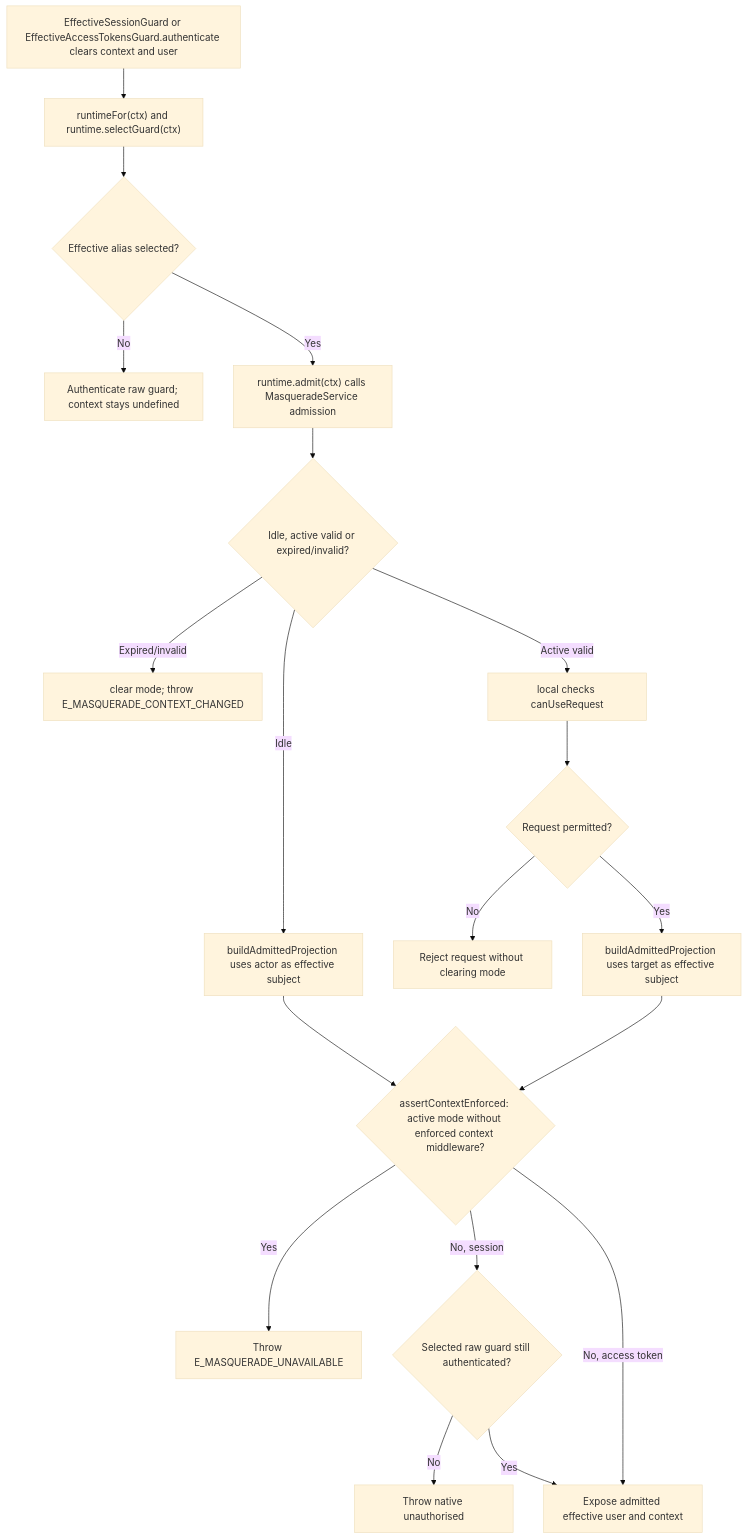
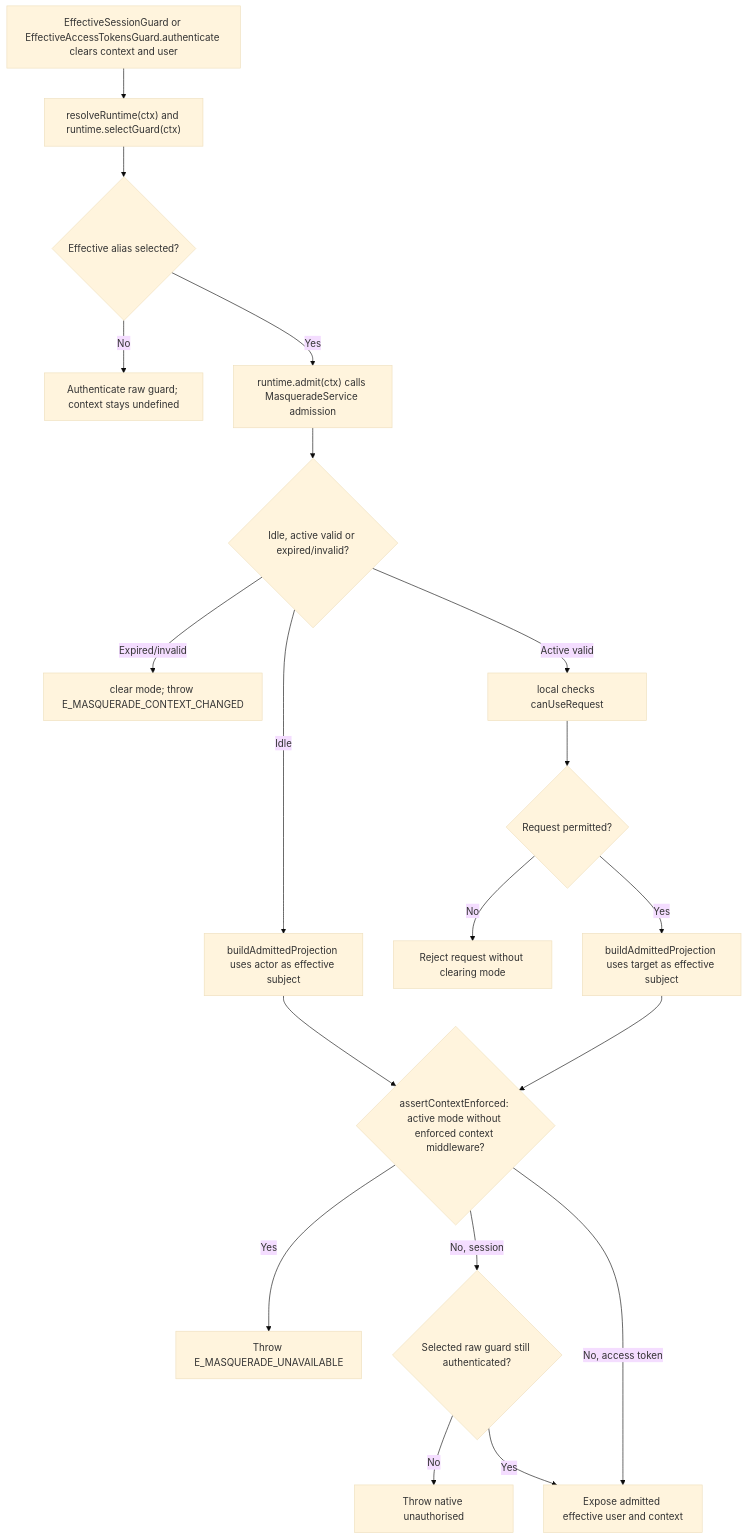
One commit to Kevinjohn/oss-adonisjs-masquerade changed the second of 2 diagrams in user-stories/view-effective-account/us-actor-02-view-effective-account.md. Above: the diagram before and after it, drawn with Mermaid (base theme). The commit also changed 61 other files, not shown here.

````diff
--- a/user-stories/view-effective-account/us-actor-02-view-effective-account.md
+++ b/user-stories/view-effective-account/us-actor-02-view-effective-account.md
@@ -40,21 +40,21 @@
 ```mermaid
 flowchart TD
-    A["EffectiveSessionGuard or EffectiveAccessTokensGuard.authenticate clears context and user"] --> B["runtimeFor(ctx) and runtime.selectGuard(ctx)"]
+    A["EffectiveSessionGuard or EffectiveAccessTokensGuard.authenticate clears context and user"] --> B["resolveRuntime(ctx) and runtime.selectGuard(ctx)"]
     B --> C{"Effective alias selected?"}
     C -->|No| D["Authenticate raw guard; context stays undefined"]
     C -->|Yes| E["runtime.admit(ctx) calls MasqueradeService admission"]
     E --> F{"Idle, active valid or expired/invalid?"}
     F -->|Idle| G["buildAdmittedProjection uses actor as effective subject"]
     F -->|Expired/invalid| H["clear mode; throw E_MASQUERADE_CONTEXT_CHANGED"]
     F -->|Active valid| I["local checks canUseRequest"]
     I --> J{"Request permitted?"}
     J -->|No| K["Reject request without clearing mode"]
     J -->|Yes| L["buildAdmittedProjection uses target as effective subject"]
     G --> E2{"assertContextEnforced: active mode without enforced context middleware?"}
     L --> E2
     E2 -->|Yes| Z["Throw E_MASQUERADE_UNAVAILABLE"]
     E2 -->|No, session| P{"Selected raw guard still authenticated?"}
     P -->|No| W["Throw native unauthorised"]
     P -->|Yes| M["Expose admitted effective user and context"]
     E2 -->|No, access token| M
 ```
````
